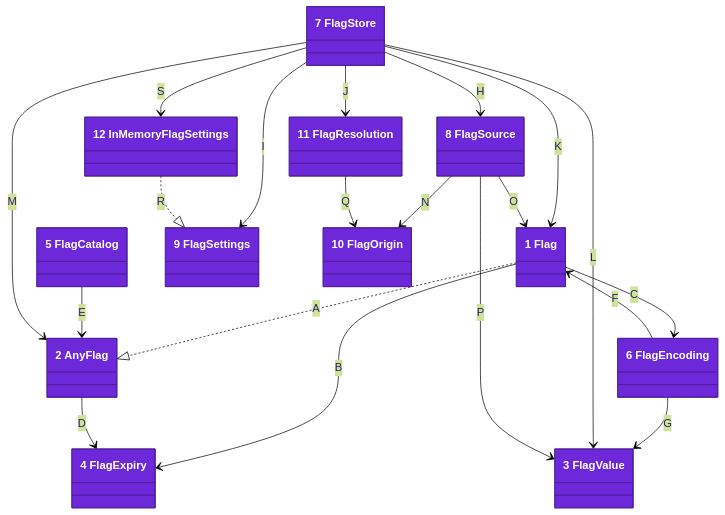
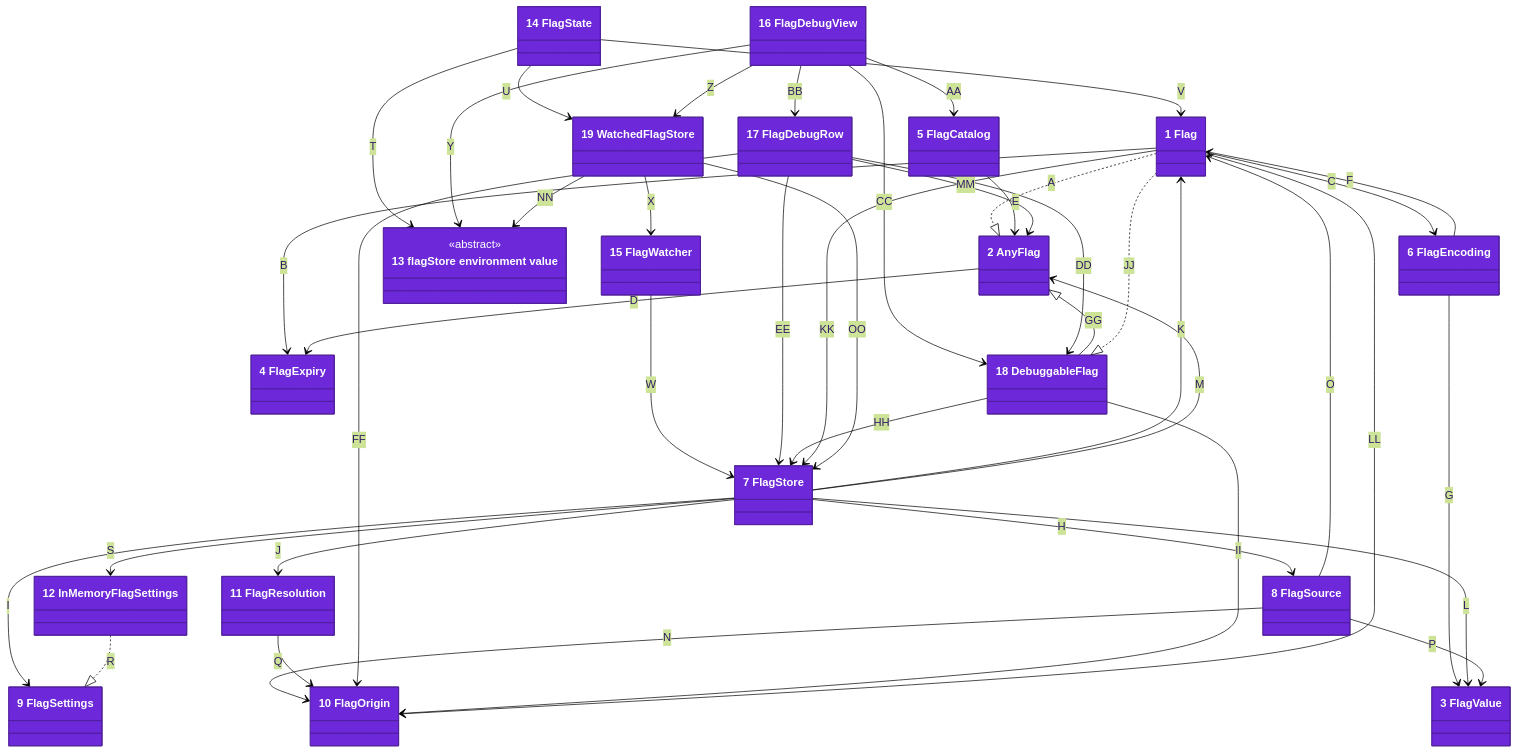
The first of 2 diagrams in docs/architecture/04-code.md (may-journal/feature-flag-kit), drawn with Mermaid (forest theme) before and after one commit. The commit also changed other lines of this file and 30 other files, not shown here.

First line of the commit message:
feat(ui): SwiftUI flag wrapper and debug screen (#8)

````diff
--- a/docs/architecture/04-code.md
+++ b/docs/architecture/04-code.md
@@ -16,6 +16,14 @@
     class FlagOrigin["10 FlagOrigin"]
     class FlagResolution["11 FlagResolution"]
     class InMemoryFlagSettings["12 InMemoryFlagSettings"]
+    class flagStore["13 flagStore environment value"]
+    <<abstract>> flagStore
+    class FlagState["14 FlagState"]
+    class FlagWatcher["15 FlagWatcher"]
+    class FlagDebugView["16 FlagDebugView"]
+    class FlagDebugRow["17 FlagDebugRow"]
+    class DebuggableFlag["18 DebuggableFlag"]
+    class WatchedFlagStore["19 WatchedFlagStore"]
 
     Flag ..|> AnyFlag : A
     Flag --> FlagExpiry : B
@@ -36,6 +44,28 @@
     FlagResolution --> FlagOrigin : Q
     InMemoryFlagSettings ..|> FlagSettings : R
     FlagStore --> InMemoryFlagSettings : S
+    FlagState --> flagStore : T
+    FlagState --> WatchedFlagStore : U
+    FlagState --> Flag : V
+    FlagWatcher --> FlagStore : W
+    WatchedFlagStore --> FlagWatcher : X
+    FlagDebugView --> flagStore : Y
+    FlagDebugView --> WatchedFlagStore : Z
+    FlagDebugView --> FlagCatalog : AA
+    FlagDebugView --> FlagDebugRow : BB
+    FlagDebugView --> DebuggableFlag : CC
+    FlagDebugRow --> DebuggableFlag : DD
+    FlagDebugRow --> FlagStore : EE
+    FlagDebugRow --> FlagOrigin : FF
+    AnyFlag <|-- DebuggableFlag : GG
+    DebuggableFlag --> FlagStore : HH
+    DebuggableFlag --> FlagOrigin : II
+    Flag ..|> DebuggableFlag : JJ
+    Flag --> FlagStore : KK
+    Flag --> FlagOrigin : LL
+    FlagDebugRow --> AnyFlag : MM
+    WatchedFlagStore --> flagStore : NN
+    WatchedFlagStore --> FlagStore : OO
 
     style Flag fill:#6d28d9,stroke:#4c1d95,color:#ffffff
     style AnyFlag fill:#6d28d9,stroke:#4c1d95,color:#ffffff
@@ -49,4 +79,11 @@
     style FlagOrigin fill:#6d28d9,stroke:#4c1d95,color:#ffffff
     style FlagResolution fill:#6d28d9,stroke:#4c1d95,color:#ffffff
     style InMemoryFlagSettings fill:#6d28d9,stroke:#4c1d95,color:#ffffff
+    style flagStore fill:#6d28d9,stroke:#4c1d95,color:#ffffff
+    style FlagState fill:#6d28d9,stroke:#4c1d95,color:#ffffff
+    style FlagWatcher fill:#6d28d9,stroke:#4c1d95,color:#ffffff
+    style FlagDebugView fill:#6d28d9,stroke:#4c1d95,color:#ffffff
+    style FlagDebugRow fill:#6d28d9,stroke:#4c1d95,color:#ffffff
+    style DebuggableFlag fill:#6d28d9,stroke:#4c1d95,color:#ffffff
+    style WatchedFlagStore fill:#6d28d9,stroke:#4c1d95,color:#ffffff
 ```
````
